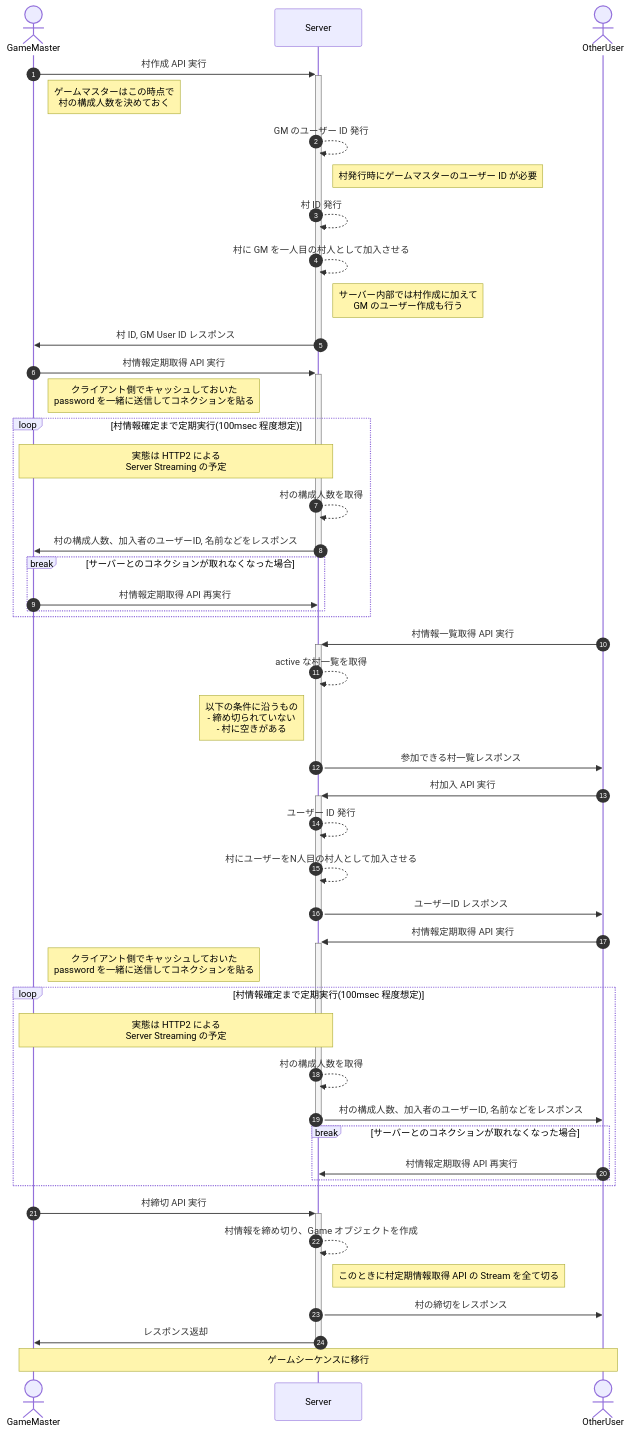
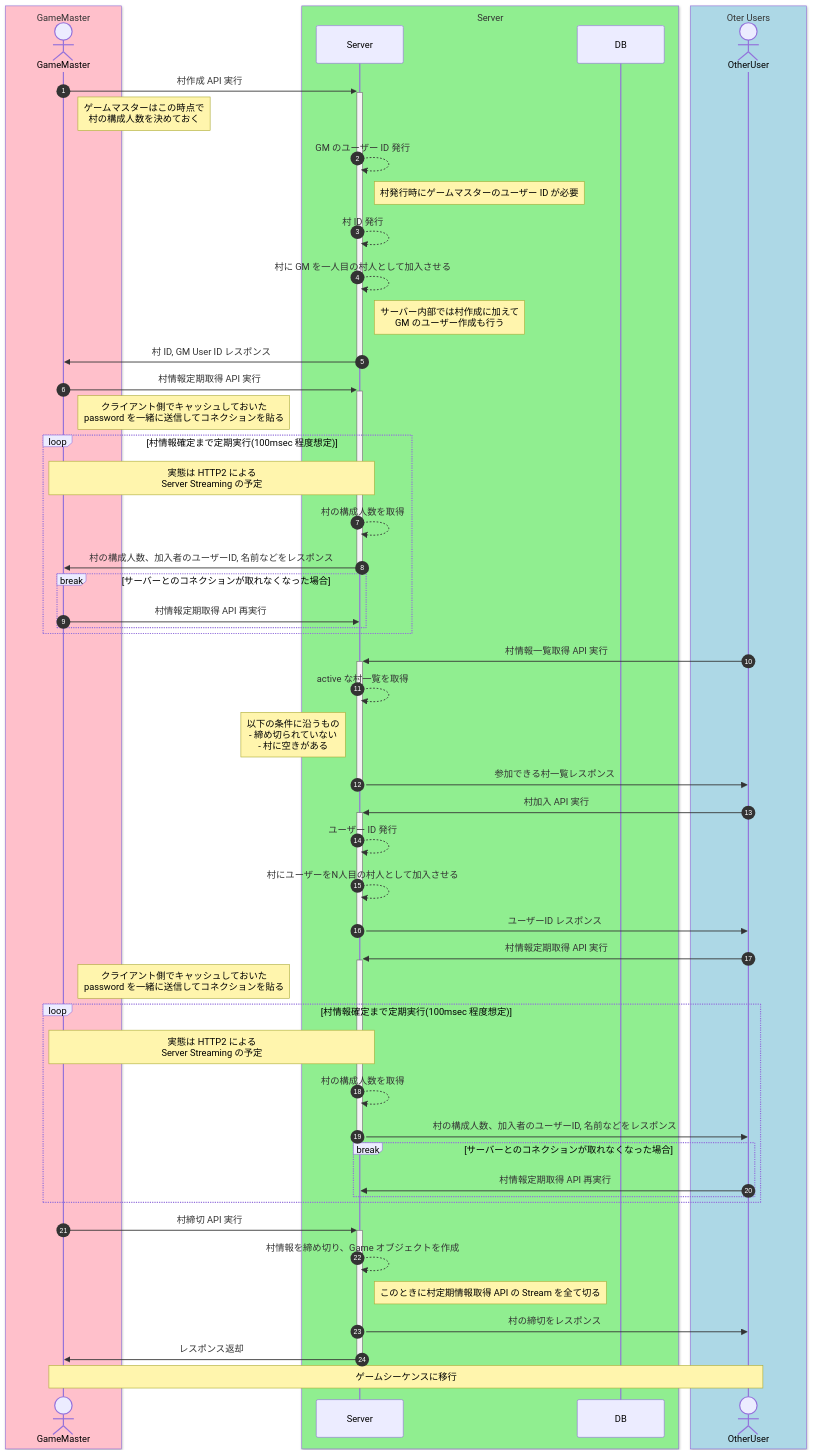
One commit to pokotsun/werewolf-game changed the diagram in sequences/001-create-village.md. Above: the diagram before and after it, drawn with Mermaid.

Commit message:
box ごとに色付けしてみた

````diff
--- a/sequences/001-create-village.md
+++ b/sequences/001-create-village.md
@@ -3,57 +3,64 @@
 ```mermaid
 %%{init: {'sequence': {'showSequenceNumbers': true}}}%%
 
 sequenceDiagram
-actor gm as GameMaster
-participant server as Server
-actor ouser as OtherUser
+box Pink GameMaster
+    actor gm as GameMaster
+end
+box LightGreen Server
+    participant server as Server
+    participant db as DB
+end
+box LightBlue Oter Users
+    actor ouser as OtherUser
+end
 
 gm ->>+ server :村作成 API 実行
 Note right of gm: ゲームマスターはこの時点で<br>村の構成人数を決めておく
 server -->> server: GM のユーザー ID 発行
 Note right of server: 村発行時にゲームマスターのユーザー ID が必要
 server -->> server: 村 ID 発行
 server -->> server: 村に GM を一人目の村人として加入させる
 Note right of server: サーバー内部では村作成に加えて <br> GM のユーザー作成も行う
 server ->>- gm: 村 ID, GM User ID レスポンス
 
 gm ->>+ server: 村情報定期取得 API 実行
 Note right of gm: クライアント側でキャッシュしておいた <br> password を一緒に送信してコネクションを貼る
 loop 村情報確定まで定期実行(100msec 程度想定)
     Note over gm, server: 実態は HTTP2 による<br>Server Streaming の予定
     server -->> server: 村の構成人数を取得
     server ->>- gm: 村の構成人数、加入者のユーザーID, 名前などをレスポンス
     break サーバーとのコネクションが取れなくなった場合
         gm ->> server: 村情報定期取得 API 再実行
     end
 end
 
 ouser ->>+ server: 村情報一覧取得 API 実行
 server -->> server: active な村一覧を取得
 Note left of server: 以下の条件に沿うもの<br>- 締め切られていない<br>- 村に空きがある
 server ->>- ouser: 参加できる村一覧レスポンス
 
 ouser ->>+ server: 村加入 API 実行
 server -->> server: ユーザー ID 発行
 server -->> server: 村にユーザーをN人目の村人として加入させる
 server ->>- ouser: ユーザーID レスポンス
 
 ouser ->>+ server: 村情報定期取得 API 実行
 Note right of gm: クライアント側でキャッシュしておいた <br> password を一緒に送信してコネクションを貼る
 loop 村情報確定まで定期実行(100msec 程度想定)
     Note over gm, server: 実態は HTTP2 による<br>Server Streaming の予定
     server -->> server: 村の構成人数を取得
     server ->>- ouser: 村の構成人数、加入者のユーザーID, 名前などをレスポンス
     break サーバーとのコネクションが取れなくなった場合
         ouser ->> server: 村情報定期取得 API 再実行
     end
 end
 
 gm ->>+ server: 村締切 API 実行
 server -->> server: 村情報を締め切り、Game オブジェクトを作成
 Note right of server: このときに村定期情報取得 API の Stream を全て切る
 server ->> ouser: 村の締切をレスポンス
 server ->>- gm: レスポンス返却
 
 Note over gm, ouser: ゲームシーケンスに移行
 ```
````
